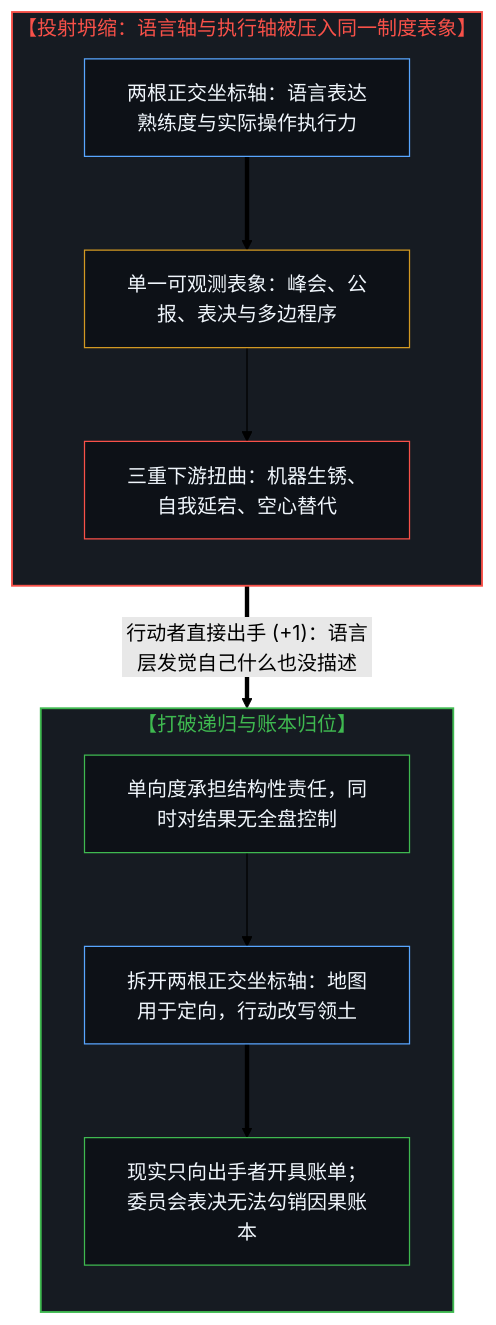
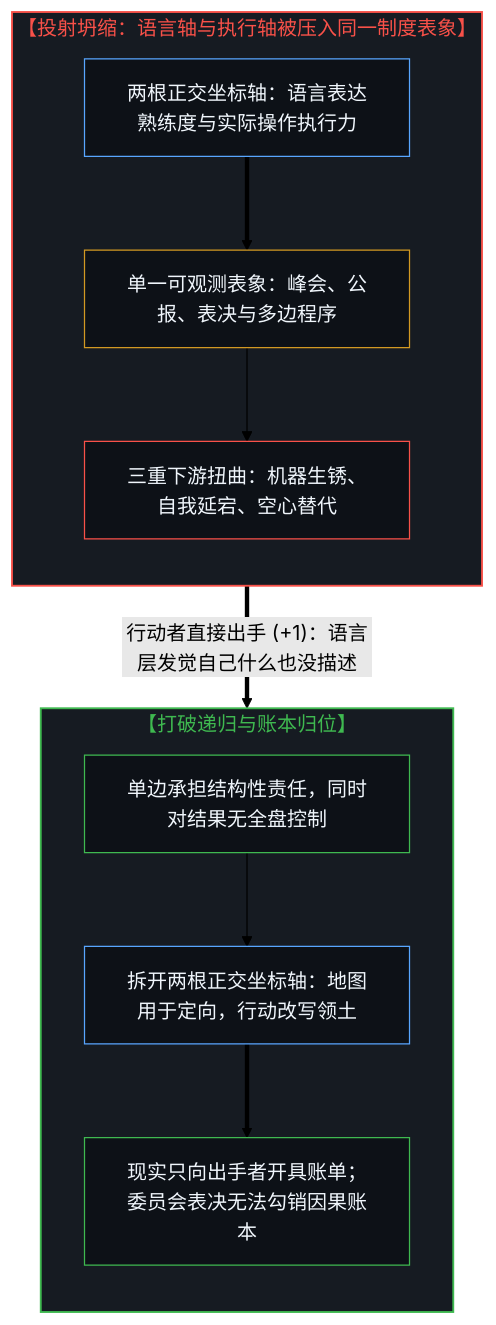
One commit to powerpig99/not-a-toe changed the first of 2 diagrams in content/posts/reality-doesnt-invoice-by-committee.md. Above: the diagram before and after it, drawn with Mermaid (forest theme). The commit also changed 7 other files, not shown here.

````diff
--- a/content/posts/reality-doesnt-invoice-by-committee.md
+++ b/content/posts/reality-doesnt-invoice-by-committee.md
@@ -39,26 +39,26 @@
 ```mermaid
 flowchart TD
     subgraph S_Collapse["【投射坍缩：语言轴与执行轴被压入同一制度表象】"]
         direction TB
         Axes["两根正交坐标轴：语言表达熟练度与实际操作执行力"]
         Observable["单一可观测表象：峰会、公报、表决与多边程序"]
         Effects["三重下游扭曲：机器生锈、自我延宕、空心替代"]
         Axes ==> Observable --> Effects
     end
     S_Collapse ==>|"行动者直接出手 (+1)：语言层发觉自己什么也没描述"| S_Move
     subgraph S_Move["【打破递归与账本归位】"]
         direction TB
-        Responsibility["单向度承担结构性责任，同时对结果无全盘控制"]
+        Responsibility["单边承担结构性责任，同时对结果无全盘控制"]
         Separate["拆开两根正交坐标轴：地图用于定向，行动改写领土"]
         Invoice["现实只向出手者开具账单；委员会表决无法勾销因果账本"]
         Responsibility --> Separate ==> Invoice
     end
     style S_Collapse fill:#161b22,stroke:#f85149,stroke-width:1.5px,color:#f85149
     style S_Move fill:#161b22,stroke:#3fb950,stroke-width:1.5px,color:#3fb950
     style Axes fill:#0d1117,stroke:#58a6ff,stroke-width:1px,color:#f0f6fc
     style Observable fill:#0d1117,stroke:#d29922,stroke-width:1px,color:#f0f6fc
     style Effects fill:#0d1117,stroke:#f85149,stroke-width:1px,color:#f0f6fc
     style Responsibility fill:#0d1117,stroke:#3fb950,stroke-width:1px,color:#f0f6fc
     style Separate fill:#0d1117,stroke:#58a6ff,stroke-width:1px,color:#f0f6fc
     style Invoice fill:#0d1117,stroke:#3fb950,stroke-width:1px,color:#f0f6fc
 ```
````
